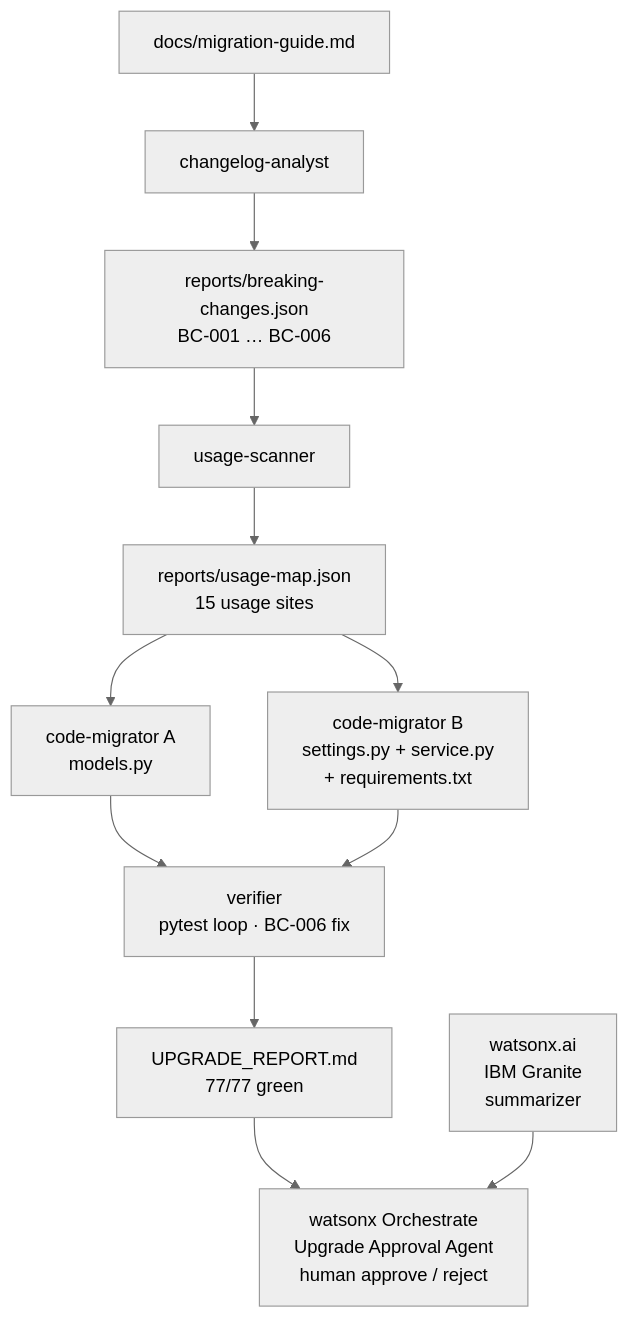
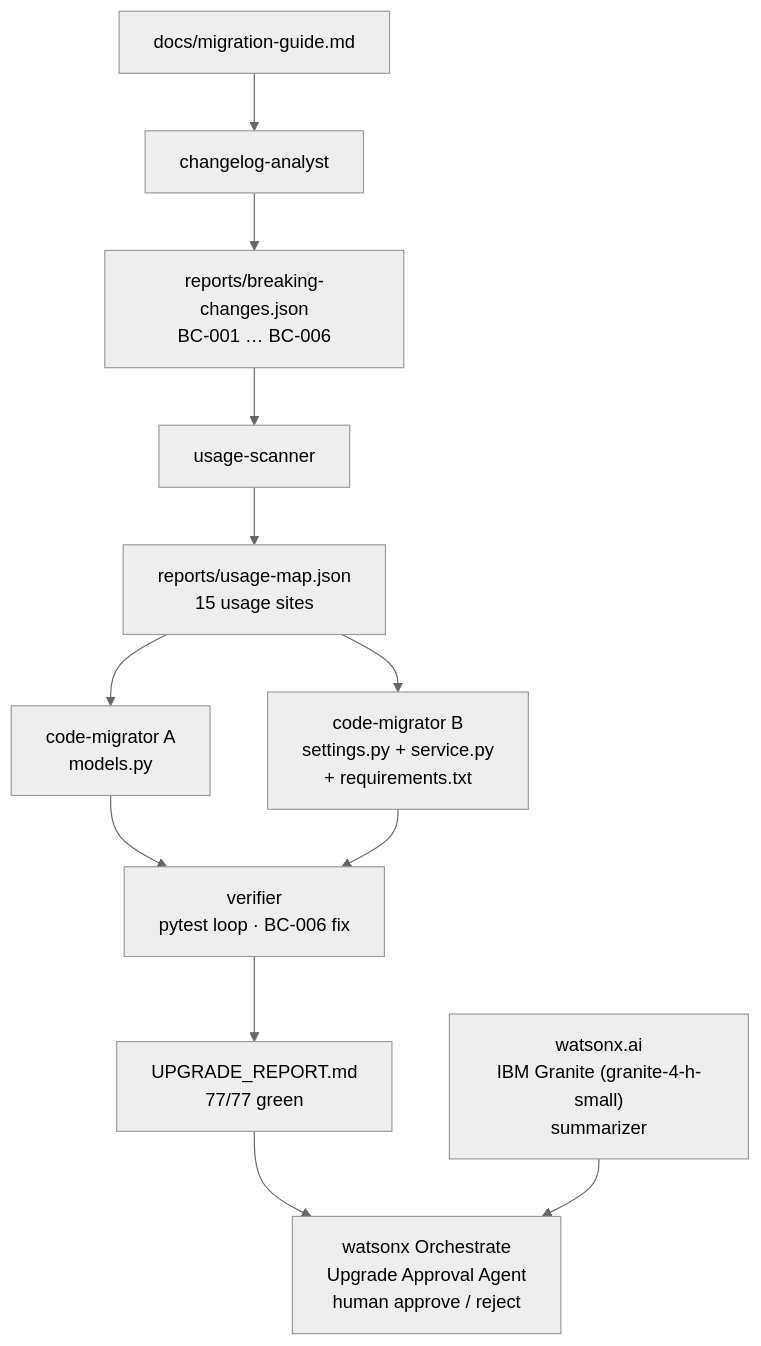
Before and after one commit to kaminisehmi/uplift-hackathon: the diagram in README.md, drawn with Mermaid (neutral theme). The commit also changed other lines of this file and 14 other files, not shown here.

Commit message:
final submission: --force pipeline, streaming dashboard, watsonx Granite + Orchestrate live, 3 PNGs, 86 tests green

````diff
--- a/README.md
+++ b/README.md
@@ -38,25 +38,25 @@
 ```mermaid
 flowchart TD
     MG[docs/migration-guide.md]
     CA[changelog-analyst]
     BC[reports/breaking-changes.json\nBC-001 … BC-006]
     US[usage-scanner]
     UM[reports/usage-map.json\n15 usage sites]
 
     MA["code-migrator A\nmodels.py"]
     MB["code-migrator B\nsettings.py + service.py\n+ requirements.txt"]
 
     VF["verifier\npytest loop · BC-006 fix"]
     UR[UPGRADE_REPORT.md\n77/77 green]
 
     WO["watsonx Orchestrate\nUpgrade Approval Agent\nhuman approve / reject"]
-    WX["watsonx.ai\nIBM Granite\nsummarizer"]
+    WX["watsonx.ai\nIBM Granite (granite-4-h-small)\nsummarizer"]
 
     MG --> CA --> BC --> US --> UM
     UM --> MA
     UM --> MB
     MA --> VF
     MB --> VF
     VF --> UR --> WO
     WX --> WO
 ```
````
